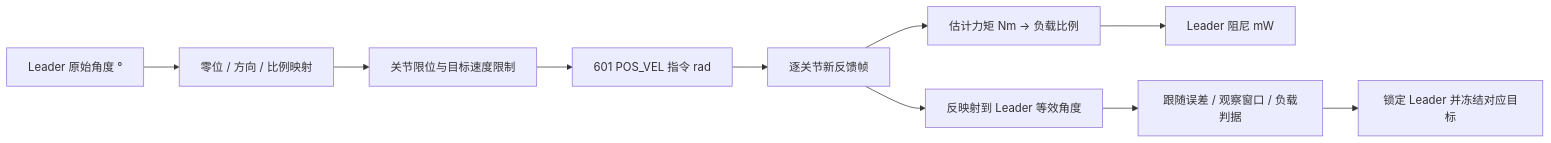
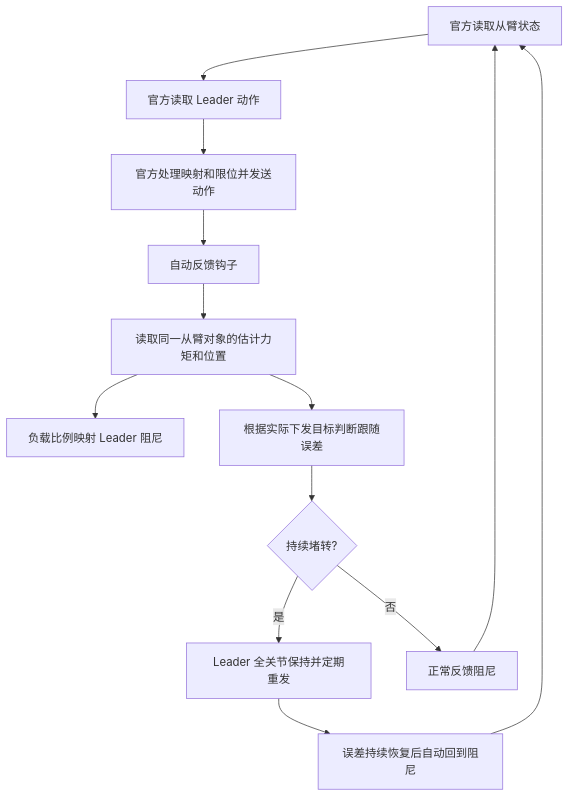
The diagram in docs/b601_dm.md (VincentHSS/stararm102-force-feedback), drawn with Mermaid before and after one commit. The commit also changed other lines of this file and 16 other files, not shown here.

````diff
--- a/docs/b601_dm.md
+++ b/docs/b601_dm.md
@@ -138,12 +64,15 @@
 ```mermaid
-flowchart LR
-    L[Leader 原始角度 °] --> M[零位 / 方向 / 比例映射]
-    M --> V[关节限位与目标速度限制]
-    V --> C[601 POS_VEL 指令 rad]
-    C --> F[逐关节新反馈帧]
-    F --> T[估计力矩 Nm → 负载比例]
-    T --> D[Leader 阻尼 mW]
-    F --> I[反映射到 Leader 等效角度]
-    I --> G[跟随误差 / 观察窗口 / 负载判据]
-    G --> H[锁定 Leader 并冻结对应目标]
+flowchart TD
+    A[官方读取从臂状态] --> B[官方读取 Leader 动作]
+    B --> C[官方处理映射和限位并发送动作]
+    C --> D[自动反馈钩子]
+    D --> E[读取同一从臂对象的估计力矩和位置]
+    E --> F[负载比例映射 Leader 阻尼]
+    E --> G[根据实际下发目标判断跟随误差]
+    G --> H{持续堵转?}
+    H -- 是 --> I[Leader 全关节保持并定期重发]
+    H -- 否 --> J[正常反馈阻尼]
+    I --> K[误差持续恢复后自动回到阻尼]
+    K --> A
+    J --> A
 ```
````
